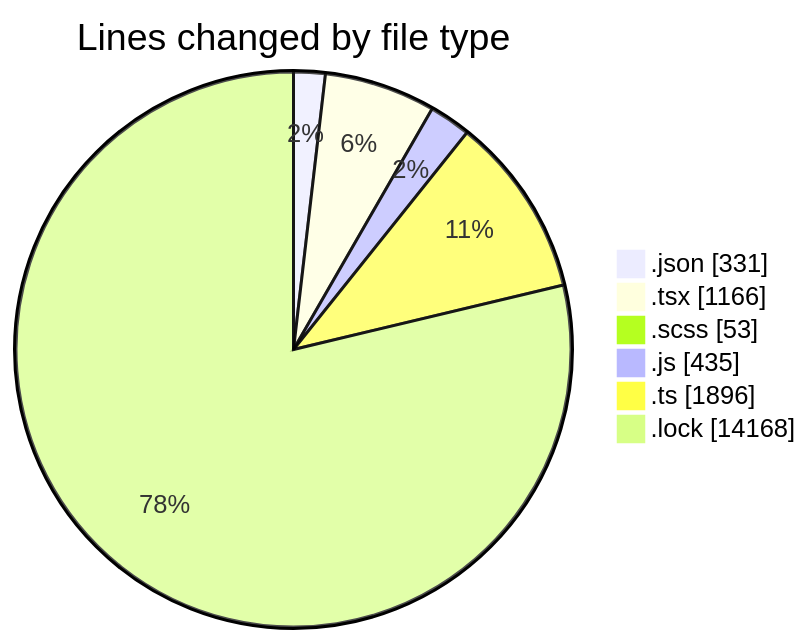
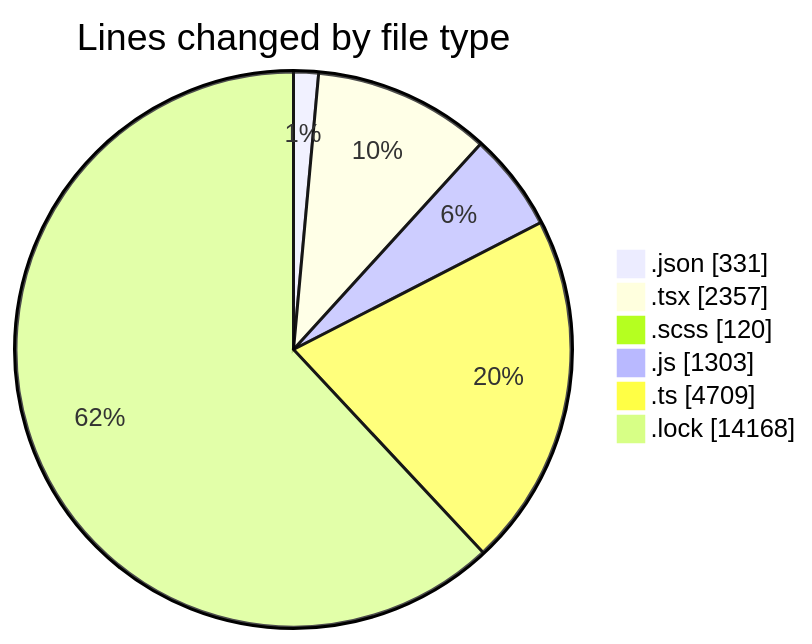
The first of 2 diagrams in 2026-09-03/cda/README.md (momahboobian/code-tracking), drawn with Mermaid before and after one commit. The commit also changed other lines of this file and 1 other file, not shown here.

````diff
--- a/2026-09-03/cda/README.md
+++ b/2026-09-03/cda/README.md
@@ -34,10 +49,10 @@
 ```mermaid
 pie showData
 title Lines changed by file type
 ".json" : 331
-".tsx" : 1166
-".scss" : 53
-".js" : 435
-".ts" : 1896
+".tsx" : 2357
+".scss" : 120
+".js" : 1303
+".ts" : 4709
 ".lock" : 14168
 ```
````
